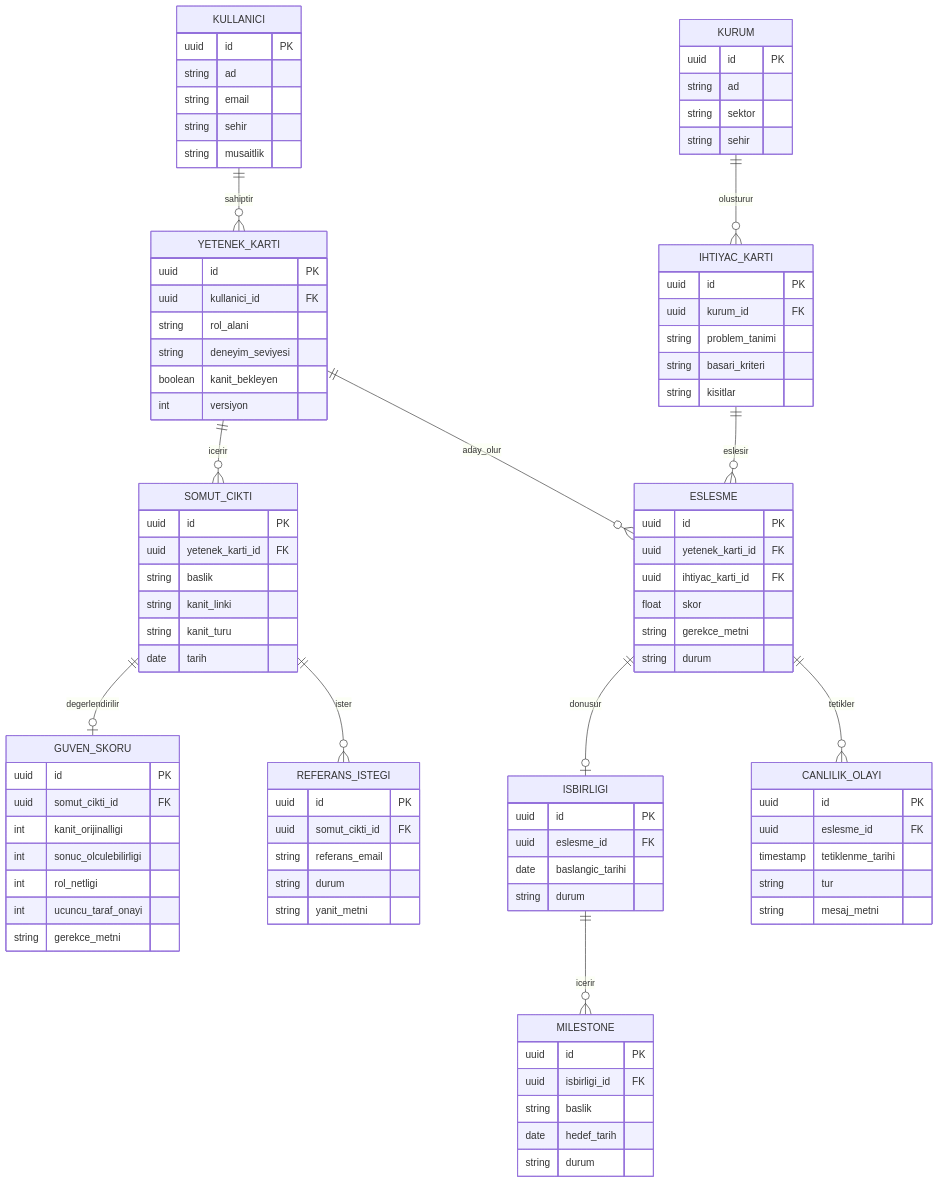
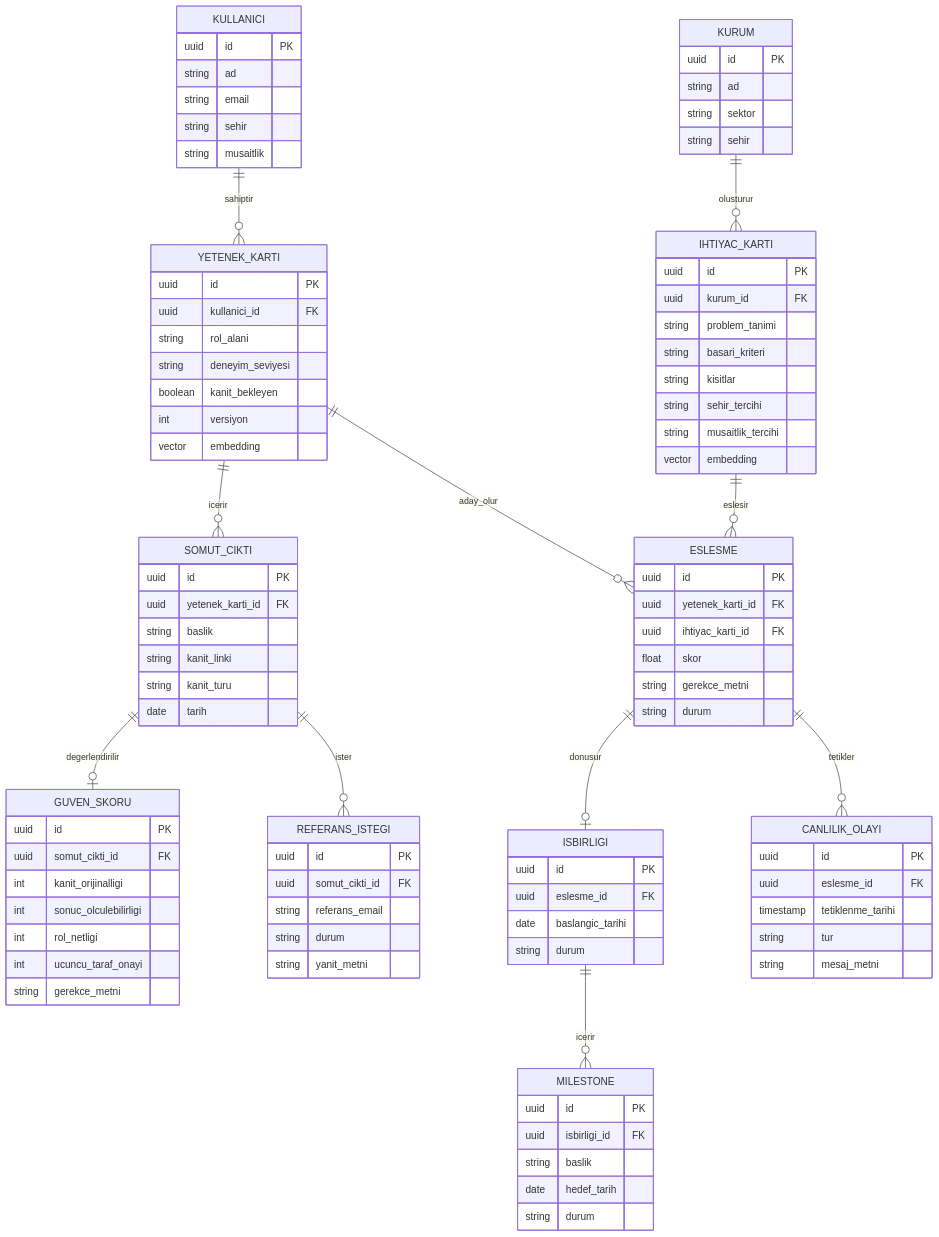
One commit to zuhrekorhn/Zemin360-Hackathon changed the diagram in docs/data-schema.md. Above: the diagram before and after it, drawn with Mermaid. The commit also changed other lines of this file and 2 other files, not shown here.

Commit message:
Eslestirme algoritmasi ve sema guncellemesi

```diff
--- a/docs/data-schema.md
+++ b/docs/data-schema.md
@@ -29,6 +29,7 @@
     string deneyim_seviyesi
     boolean kanit_bekleyen
     int versiyon
+    vector embedding
   }
   SOMUT_CIKTI {
     uuid id PK
@@ -66,6 +67,9 @@
     string problem_tanimi
     string basari_kriteri
     string kisitlar
+    string sehir_tercihi
+    string musaitlik_tercihi
+    vector embedding
   }
   ESLESME {
     uuid id PK
```
